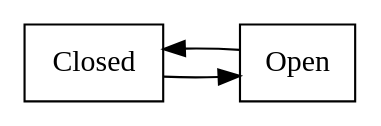
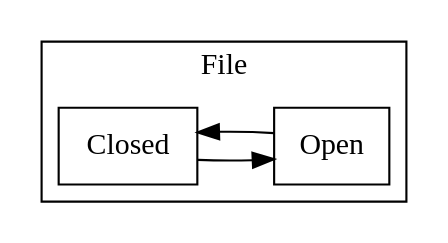
The first of 3 diagrams in docs/guide/visualization.md (elijahr/nim-typestates), drawn with Graphviz before and after one commit. The commit also changed other lines of this file and 25 other files, not shown here.

````diff
--- a/docs/guide/visualization.md
+++ b/docs/guide/visualization.md
@@ -43,12 +43,17 @@
 ```dot
-digraph File {
+digraph {
   rankdir=LR;
   node [shape=box];
 
-  Closed;
-  Open;
+  subgraph cluster_File {
+    label="File";
 
-  Closed -> Open;
-  Open -> Closed;
+    Closed;
+    Open;
+
+    Closed -> Open;
+    Open -> Closed;
+  }
+
 }
 ```
````
